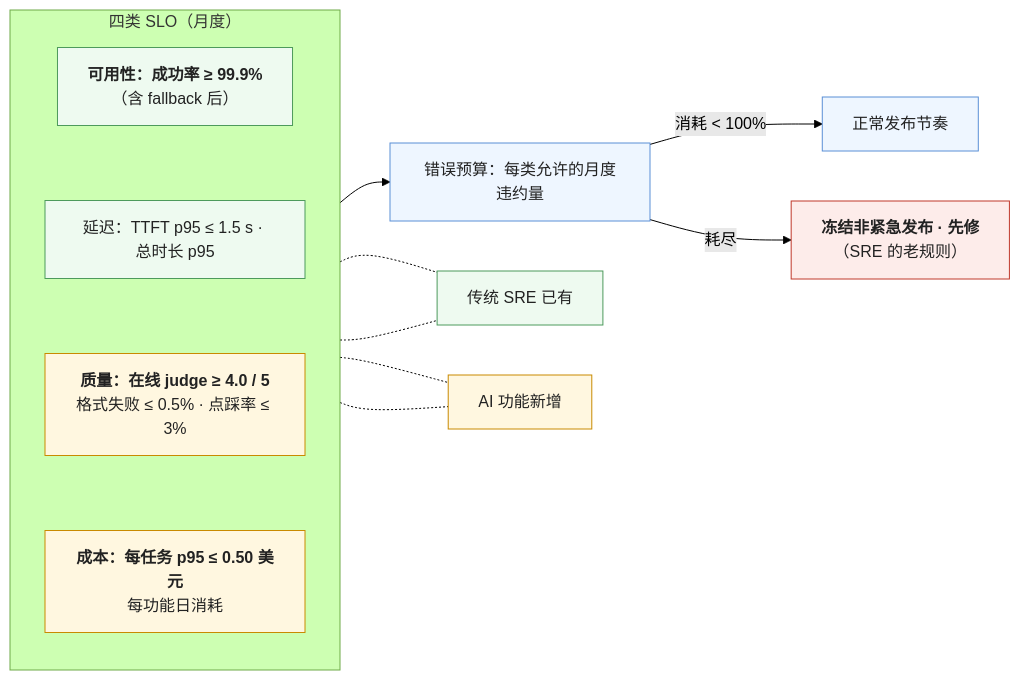
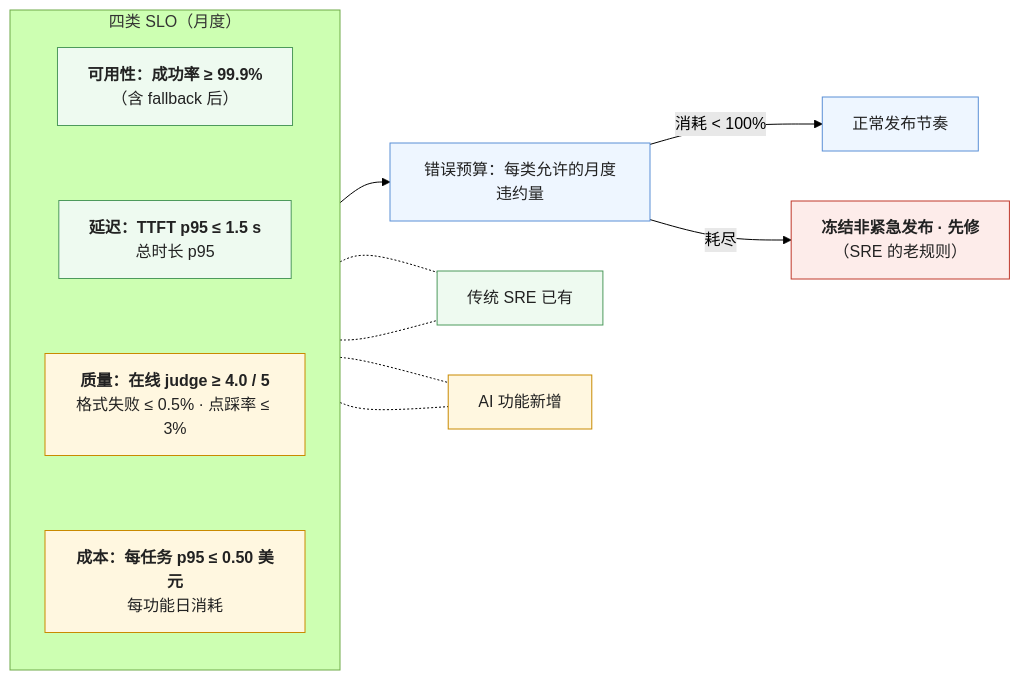
The fifth of 5 diagrams in _posts/2026-11-13-release-engineering-for-ai-features-switches-pinning-runbooks-and-slos.md (arganzheng/arganzheng.github.com), drawn with Mermaid (forest theme) before and after one commit. The commit also changed other lines of this file and 9 other files, not shown here.

````diff
--- a/_posts/2026-11-13-release-engineering-for-ai-features-switches-pinning-runbooks-and-slos.md
+++ b/_posts/2026-11-13-release-engineering-for-ai-features-switches-pinning-runbooks-and-slos.md
@@ -252,23 +299,23 @@
 ```mermaid
 %% 图：四类 SLO 与错误预算——可用性（成功率含 fallback 后 99.9%）、延迟（TTFT p95 ≤ 1.5 s）、质量（在线 judge ≥ 4.0、格式失败 ≤ 0.5%、点踩率 ≤ 3%）、成本（每任务 p95 ≤ 0.50 美元）；每类一个月度错误预算，消耗到 100% 就冻结非紧急发布先修；质量与成本是 AI 功能新增的两类，前两类是传统 SRE 的
 flowchart LR
     subgraph SLO["四类 SLO（月度）"]
         direction TB
-        A["<b>可用性：成功率 ≥ 99.9%</b><br/>（含 fallback 后）"] ~~~ L["延迟：TTFT p95 ≤ 1.5 s · 总时长 p95"] ~~~ Q["<b>质量：在线 judge ≥ 4.0 / 5</b><br/>格式失败 ≤ 0.5% · 点踩率 ≤ 3%"] ~~~ C["<b>成本：每任务 p95 ≤ 0.50 美元</b><br/>每功能日消耗"]
+        A["<b>可用性：成功率 ≥ 99.9%</b><br/>（含 fallback 后）"] ~~~ L["<b>延迟：TTFT p95 ≤ 1.5 s</b><br/>总时长 p95"] ~~~ Q["<b>质量：在线 judge ≥ 4.0 / 5</b><br/>格式失败 ≤ 0.5% · 点踩率 ≤ 3%"] ~~~ C["<b>成本：每任务 p95 ≤ 0.50 美元</b><br/>每功能日消耗"]
     end
     SLO --> EB["错误预算：每类允许的月度违约量"]
     EB -->|"消耗 < 100%"| GO["正常发布节奏"]
     EB -->|"耗尽"| FREEZE["<b>冻结非紧急发布 · 先修</b><br/>（SRE 的老规则）"]
     A -.- N1["传统 SRE 已有"]
     L -.- N1
     Q -.- N2["AI 功能新增"]
     C -.- N2
     classDef old fill:#eefaf0,stroke:#4d9a5c,color:#222
     classDef new fill:#fff7e0,stroke:#c98a00,color:#222
     classDef eb fill:#eef6ff,stroke:#5b8fd6,color:#222
     classDef bad fill:#fdecea,stroke:#c0392b,color:#222
     class A,L,N1 old
     class Q,C,N2 new
     class EB,GO eb
     class FREEZE bad
 ```
````
